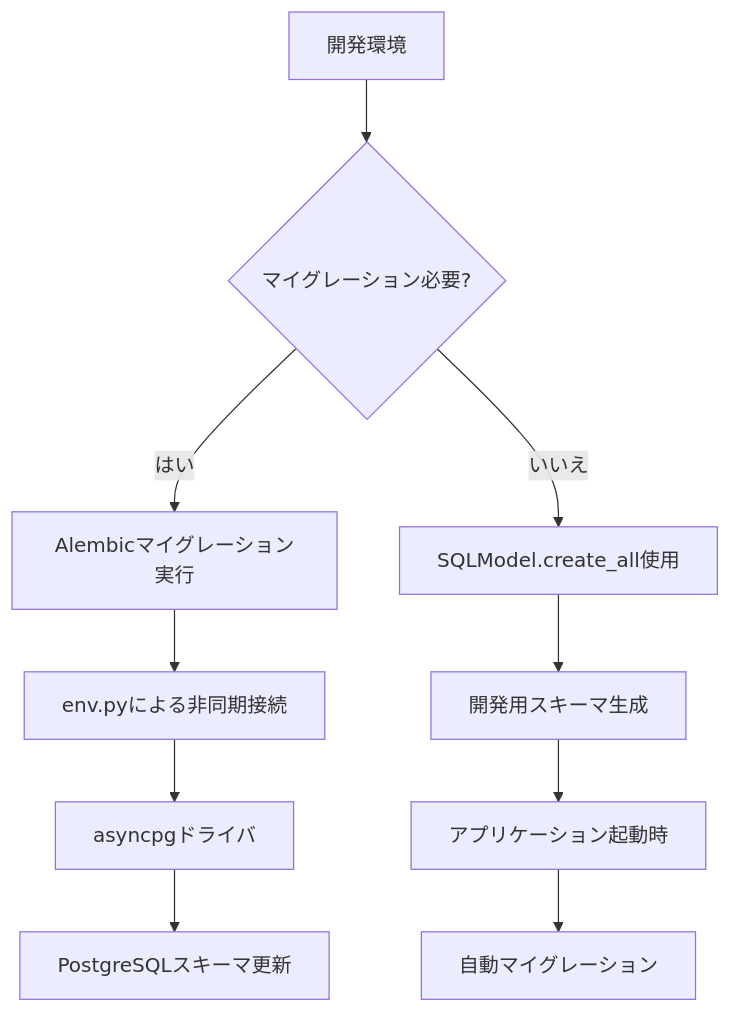
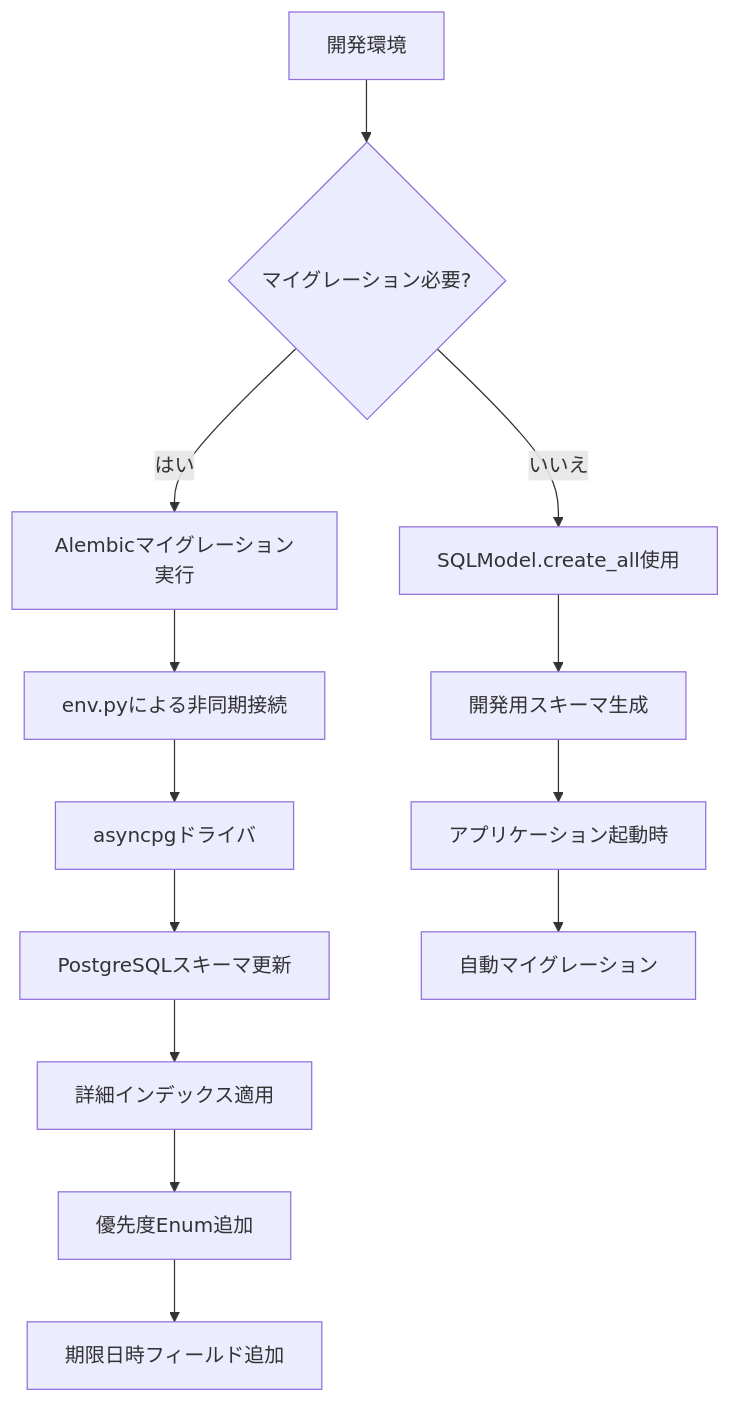
Before and after one commit to ss8806/Todos: the eighth of 8 diagrams in .qoder/repowiki/ja/content/アーキテクチャ/データベースアーキテクチャ.md, drawn with Mermaid. The commit also changed other lines of this file and 6 other files, not shown here.

````diff
--- a/.qoder/repowiki/ja/content/アーキテクチャ/データベースアーキテクチャ.md
+++ b/.qoder/repowiki/ja/content/アーキテクチャ/データベースアーキテクチャ.md
@@ -356,12 +372,15 @@
 ```mermaid
 flowchart TD
 A[開発環境] --> B{マイグレーション必要?}
 B --> |はい| C[Alembicマイグレーション実行]
 B --> |いいえ| D[SQLModel.create_all使用]
 C --> E[env.pyによる非同期接続]
 E --> F[asyncpgドライバ]
 F --> G[PostgreSQLスキーマ更新]
-D --> H[開発用スキーマ生成]
-H --> I[アプリケーション起動時]
-I --> J[自動マイグレーション]
+G --> H[詳細インデックス適用]
+H --> I[優先度Enum追加]
+I --> J[期限日時フィールド追加]
+D --> K[開発用スキーマ生成]
+K --> L[アプリケーション起動時]
+L --> M[自動マイグレーション]
 ```
````
